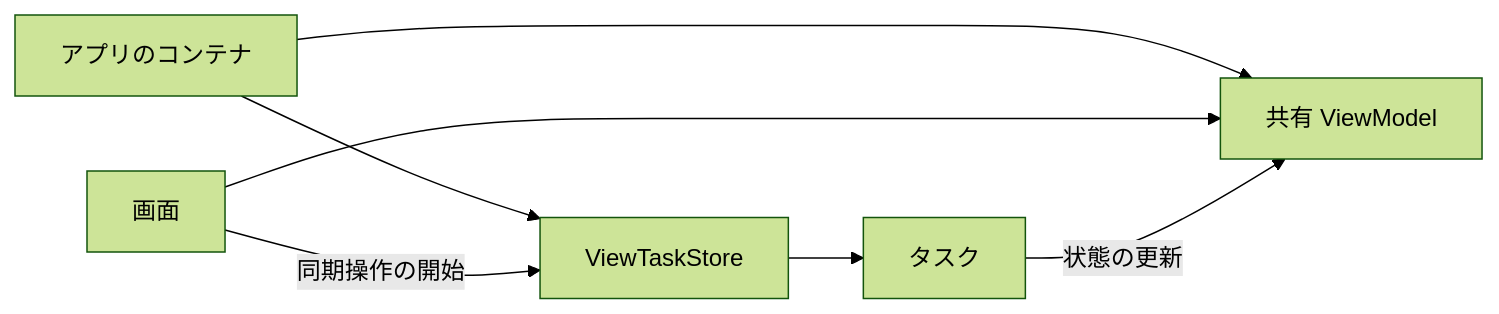
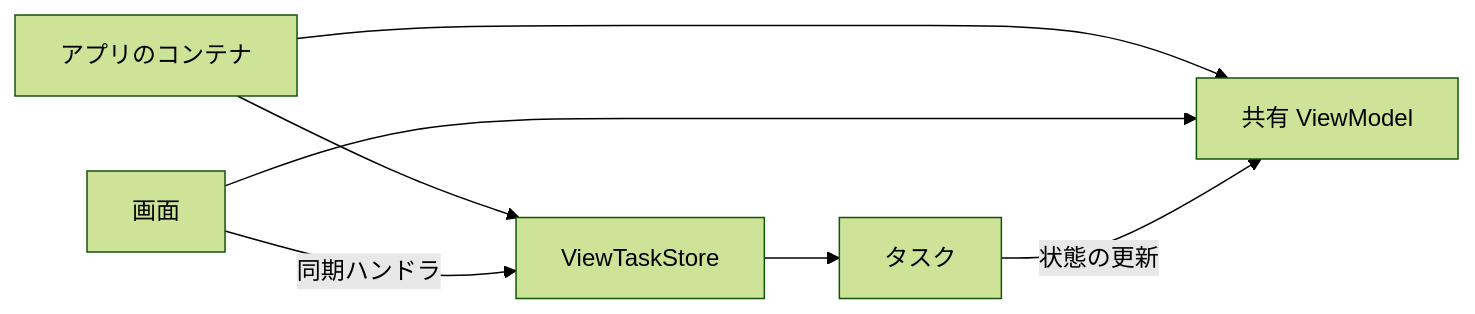
One commit to 9uiLe/swift-tasking changed the diagram in docs/lifetimes.md. Above: the diagram before and after it, drawn with Mermaid (forest theme). The commit also changed other lines of this file and 60 other files, not shown here.

````diff
--- a/docs/lifetimes.md
+++ b/docs/lifetimes.md
@@ -72,9 +62,9 @@
 ```mermaid
 flowchart LR
     App[アプリのコンテナ] --> Store[ViewTaskStore]
     App --> Model[共有 ViewModel]
     Screen[画面] --> Model
-    Screen -->|同期操作の開始| Store
+    Screen -->|同期ハンドラ| Store
     Store --> Work[タスク]
     Work -->|状態の更新| Model
 ```
````
